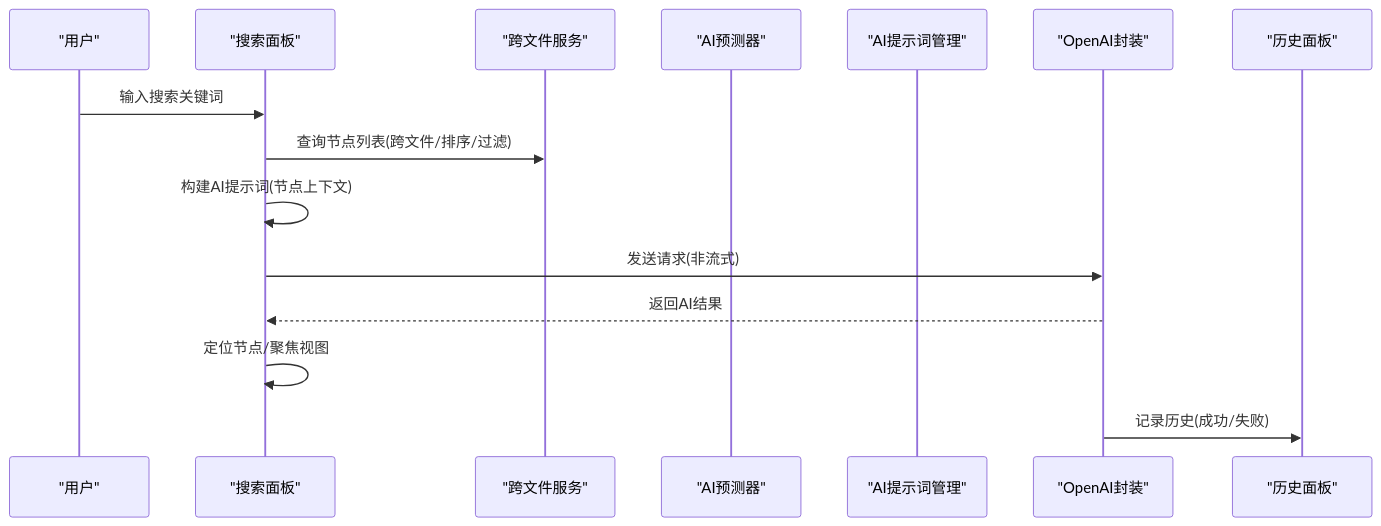
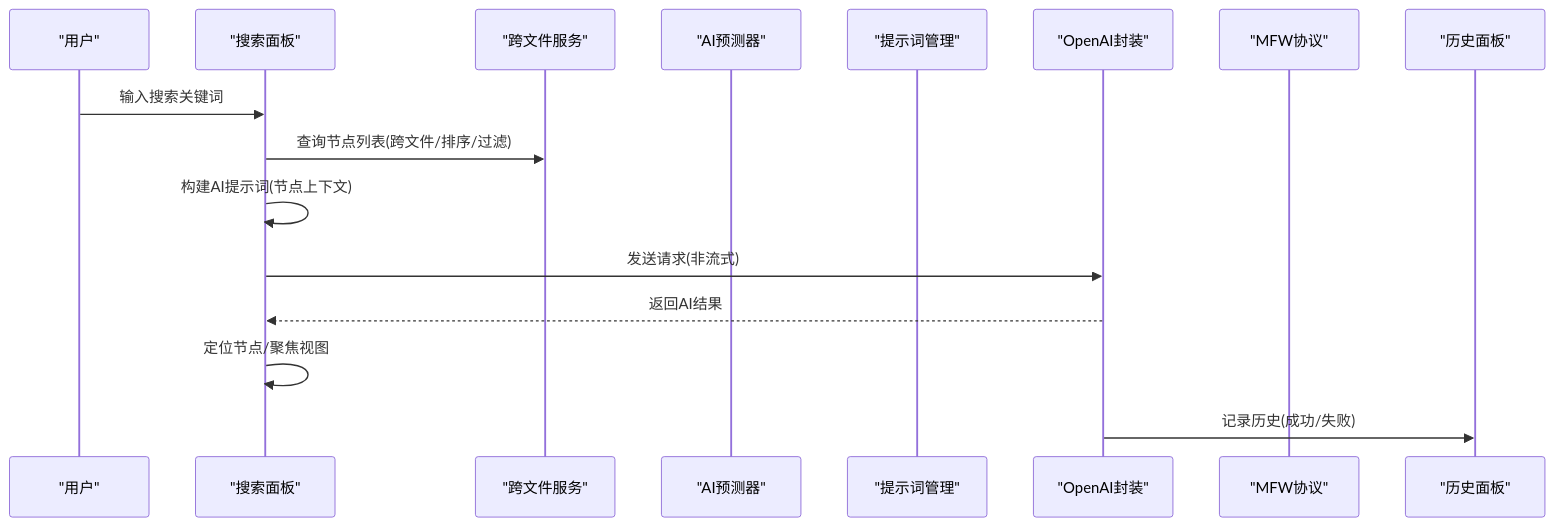
The second of 9 diagrams in .qoder/repowiki/zh/content/AI辅助功能/AI辅助功能.md (kqcoxn/MaaPipelineEditor), drawn with Mermaid before and after one commit. The commit also changed other lines of this file and 51 other files, not shown here.

````diff
--- a/.qoder/repowiki/zh/content/AI辅助功能/AI辅助功能.md
+++ b/.qoder/repowiki/zh/content/AI辅助功能/AI辅助功能.md
@@ -112,17 +112,18 @@
 ```mermaid
 sequenceDiagram
 participant U as "用户"
 participant SP as "搜索面板"
 participant CFS as "跨文件服务"
 participant AIP as "AI预测器"
-participant AIPROMPT as "AI提示词管理"
+participant AIPROMPT as "提示词管理"
 participant OA as "OpenAI封装"
+participant MFW as "MFW协议"
 participant HIS as "历史面板"
 U->>SP : 输入搜索关键词
 SP->>CFS : 查询节点列表(跨文件/排序/过滤)
 SP->>SP : 构建AI提示词(节点上下文)
 SP->>OA : 发送请求(非流式)
 OA-->>SP : 返回AI结果
 SP->>SP : 定位节点/聚焦视图
 OA->>HIS : 记录历史(成功/失败)
 ```
````
